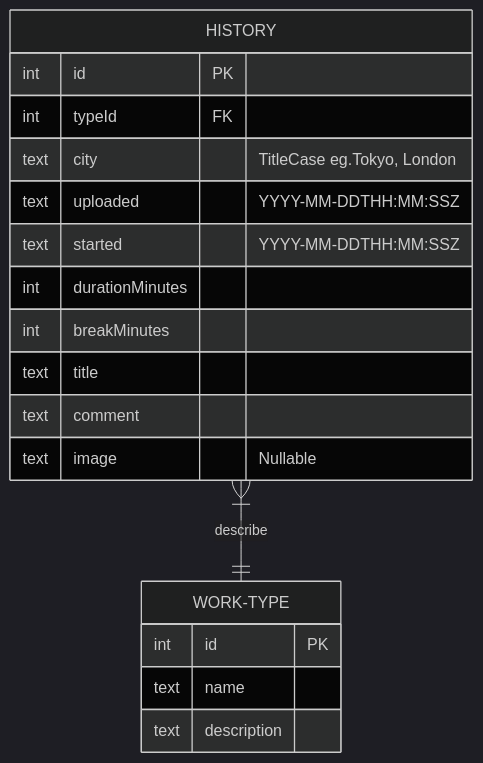
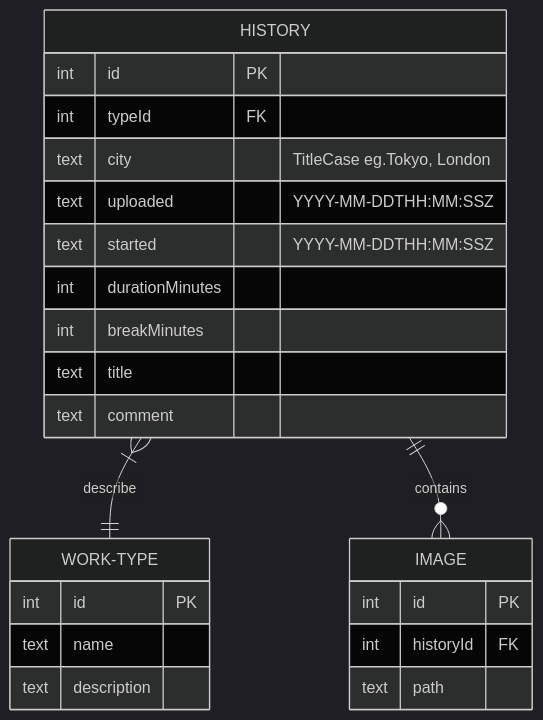
One commit to kor7211/coco-work-tracking changed the diagram in assets/documents/database.md. Above: the diagram before and after it, drawn with Mermaid (dark theme). The commit also changed 6 other files, not shown here.

````diff
--- a/assets/documents/database.md
+++ b/assets/documents/database.md
@@ -1,22 +1,28 @@
 ```mermaid
 erDiagram
     HISTORY }|--|| WORK-TYPE : describe
+    HISTORY ||--o{ IMAGE : contains
     HISTORY {
         int id PK
         int typeId FK
         text city "TitleCase eg.Tokyo, London"
         text uploaded "YYYY-MM-DDTHH:MM:SSZ"
         text started "YYYY-MM-DDTHH:MM:SSZ"
         int durationMinutes
         int breakMinutes
         text title
         text comment
-        text image "Nullable"
+    }
+
+    IMAGE {
+        int id PK
+        int historyId FK
+        text path
     }
     
     WORK-TYPE {
         int id PK
         text name
         text description
     }
 ```
````
